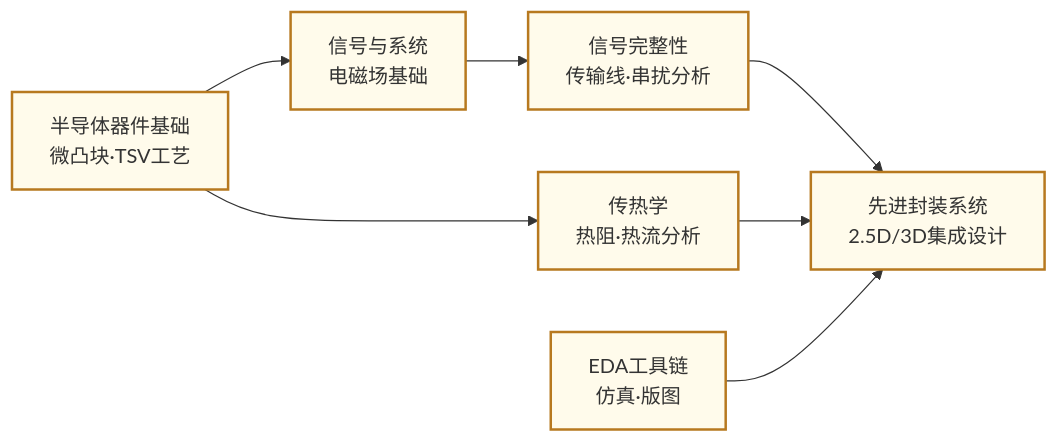
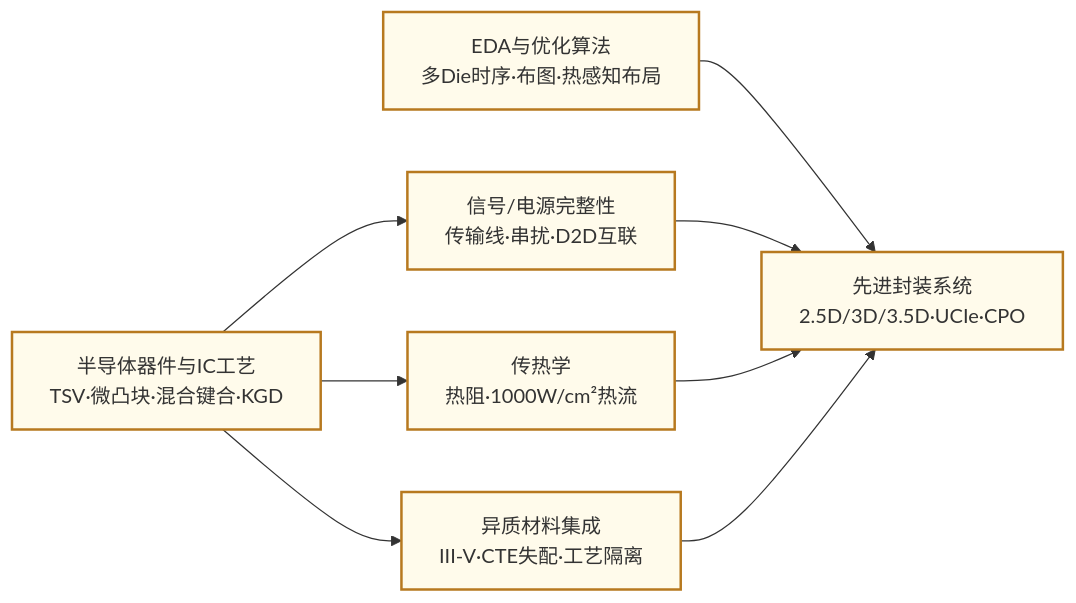
The diagram in docs/科研方向/先进封装与异构集成.md (Crys-Chen/ic-guide), drawn with Mermaid before and after one commit. The commit also changed other lines of this file and 1 other file, not shown here.

````diff
--- a/docs/科研方向/先进封装与异构集成.md
+++ b/docs/科研方向/先进封装与异构集成.md
@@ -252,11 +254,11 @@
 ```mermaid
 graph LR
-    A["半导体器件基础\n微凸块·TSV工艺"] --> B["信号与系统\n电磁场基础"]
-    B --> C["信号完整性\n传输线·串扰分析"]
-    A --> D["传热学\n热阻·热流分析"]
-    C & D --> E["先进封装系统\n2.5D/3D集成设计"]
-    F["EDA工具链\n仿真·版图"] --> E
+    A["半导体器件与IC工艺\nTSV·微凸块·混合键合·KGD"] --> C["信号/电源完整性\n传输线·串扰·D2D互联"]
+    A --> D["传热学\n热阻·1000W/cm²热流"]
+    A --> H["异质材料集成\nIII-V·CTE失配·工艺隔离"]
+    G["EDA与优化算法\n多Die时序·布图·热感知布局"] --> E["先进封装系统\n2.5D/3D/3.5D·UCIe·CPO"]
+    C & D & H --> E
 
     classDef core fill:#FFFBEB,stroke:#B7791F,stroke-width:2px
-    class A,B,C,D,E,F core
+    class A,C,D,E,G,H core
 ```
````
